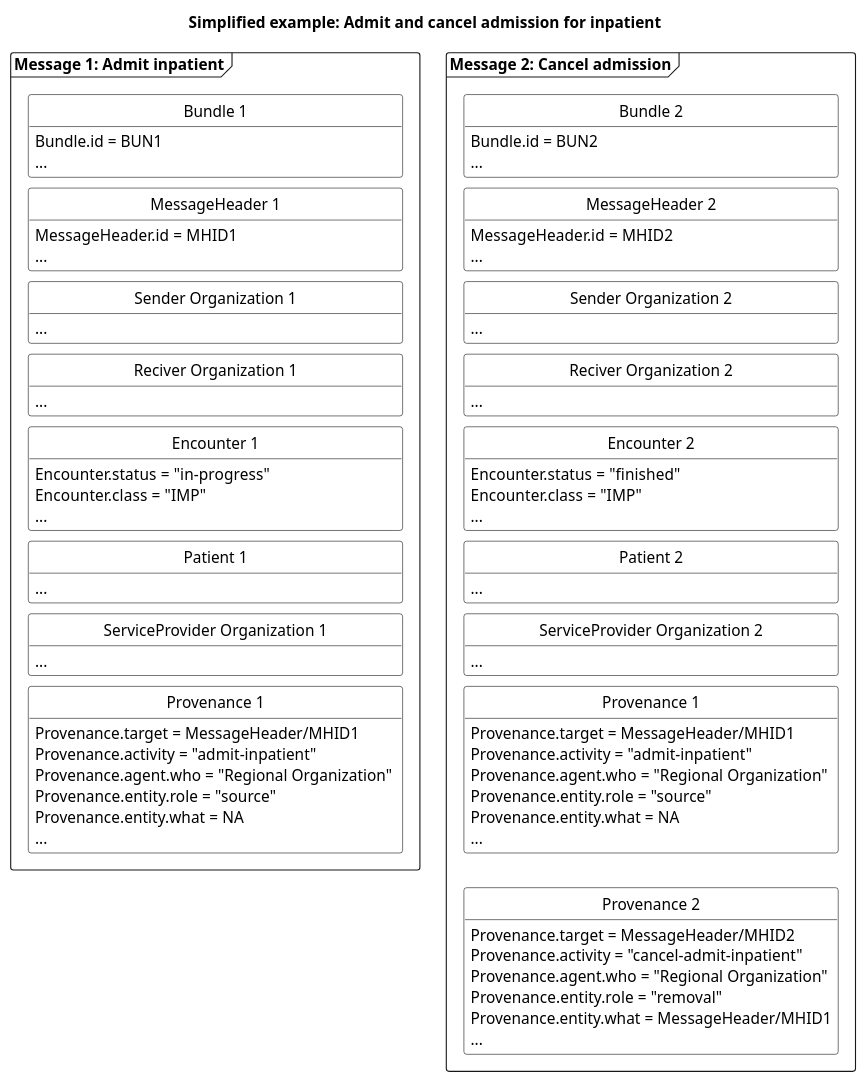
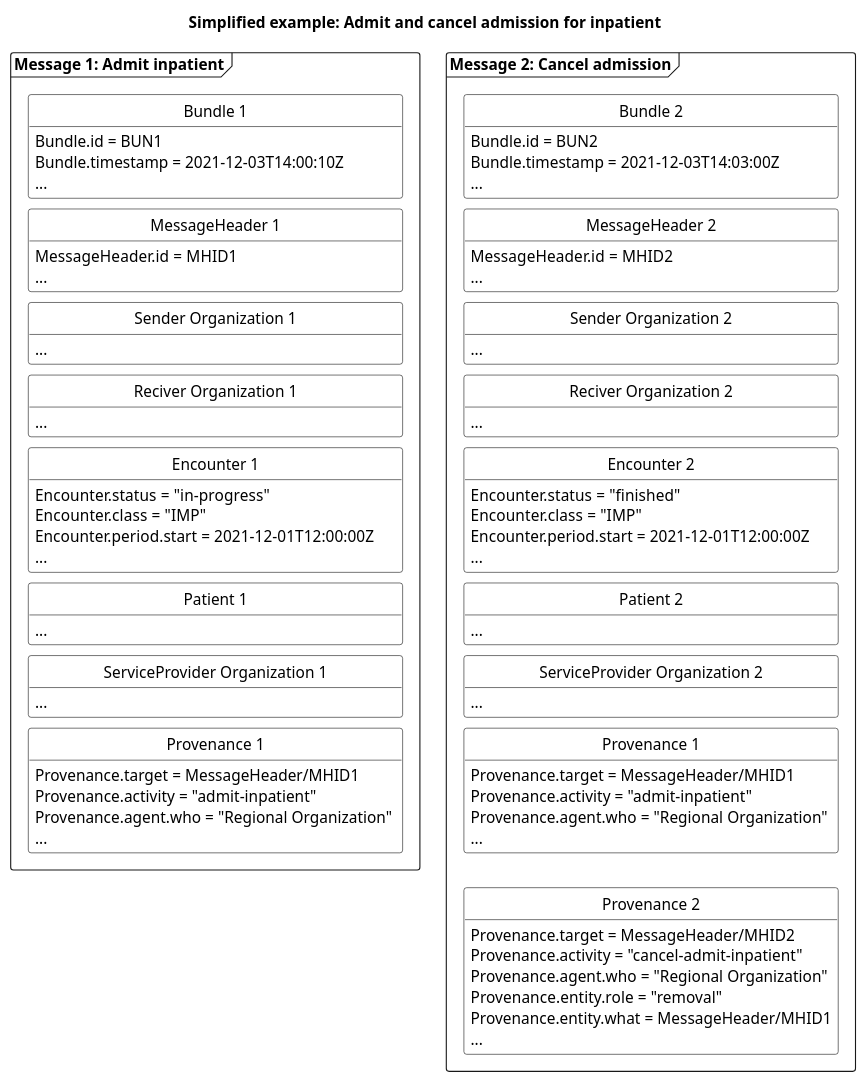
One commit to medcomdk/dk-medcom-hospitalnotification changed the diagram in puml/HospitalNotificationAdmitEnteredInError.puml. Above: the diagram before and after it, drawn with PlantUML. The commit also changed 14 other files, not shown here.

```diff
--- a/puml/HospitalNotificationAdmitEnteredInError.puml
+++ b/puml/HospitalNotificationAdmitEnteredInError.puml
@@ -1,122 +1,122 @@
 @startuml HNAdmitEnteredInError
 
 'layout
 skinparam class {
     BackgroundColor White
     BorderColor Black
     ArrowColor Black
   }
 hide circle
 hide empty members
 skinparam SameClassWidth true
 skinparam Ranksep 10
 
 
 'title
 title Simplified example: Admit and cancel admission for inpatient
 
 'Message 1: Admit inpatient
 package "Message 1: Admit inpatient" as admit <<Frame>>{
     class "Bundle 1" as admitB {
         Bundle.id = BUN1
+        Bundle.timestamp = 2021-12-03T14:00:10Z
         ...
     }
     class "MessageHeader 1" as admitMH{
         MessageHeader.id = MHID1
         ...
     }
     class "Sender Organization 1" as admitSOrg{
         ...
     }
     class "Reciver Organization 1" as admitROrg{
         ...
     }
     class "Encounter 1" as admitENC{
         Encounter.status = "in-progress"
         Encounter.class = "IMP"
+        Encounter.period.start = 2021-12-01T12:00:00Z
         ...
     }
     class "Patient 1" as admitPT{
         ...
     }
     class "ServiceProvider Organization 1" as admitSPOrg{
         ...
     }
     class "Provenance 1" as admitPRO{
         Provenance.target = MessageHeader/MHID1
         Provenance.activity = "admit-inpatient"
         Provenance.agent.who = "Regional Organization"
-        Provenance.entity.role = "source"
-        Provenance.entity.what = NA 
         ...
     }
 
 admitB -[hidden]- admitMH
 admitMH -[hidden]- admitSOrg
 admitSOrg-[hidden]-admitROrg
 admitROrg-[hidden]-admitENC
 admitENC-[hidden]-admitPT
 admitPT-[hidden]-admitSPOrg
 admitSPOrg-[hidden]-admitPRO
 
 }
 
 'Message 2: Entered in Error inpatient
 package "Message 2: Cancel admission" as error <<Frame>> {
     class "Bundle 2" as errorB {
         Bundle.id = BUN2
+        Bundle.timestamp = 2021-12-03T14:03:00Z
         ...
     }
     class "MessageHeader 2" as errorMH{
         MessageHeader.id = MHID2
         ...
     }
     class "Sender Organization 2" as errorSOrg{
         ...
     }
     class "Reciver Organization 2" as errorROrg{
         ...
     }
     class "Encounter 2" as errorENC{
         Encounter.status = "finished"
-        Encounter.class = "IMP"
+        Encounter.class = "IMP"        
+        Encounter.period.start = 2021-12-01T12:00:00Z
         ...
     }
     class "Patient 2" as errorPT{
         ...
     }
     class "ServiceProvider Organization 2" as errorSPOrg{
         ...
     }
     class "Provenance 1" as admiterrorPRO{
         Provenance.target = MessageHeader/MHID1
         Provenance.activity = "admit-inpatient"        
         Provenance.agent.who = "Regional Organization"
-        Provenance.entity.role = "source"
-        Provenance.entity.what = NA
         ...
     }
     class "Provenance 2" as errorPRO{
         Provenance.target = MessageHeader/MHID2
         Provenance.activity = "cancel-admit-inpatient"
         Provenance.agent.who = "Regional Organization"
         Provenance.entity.role = "removal"
         Provenance.entity.what = MessageHeader/MHID1
         ...
     }
 errorB-[hidden]-errorMH
 errorMH-[hidden]-errorSOrg
 errorSOrg-[hidden]-errorROrg
 errorROrg-[hidden]-errorENC
 errorENC-[hidden]-errorPT
 errorPT-[hidden]-errorSPOrg
 errorSPOrg-[hidden]-admiterrorPRO
 admiterrorPRO-[hidden]-errorPRO
 
 }
 
 ' pile mellem de to beskeder
 ' admit --> error
 
 
 @enduml
```
